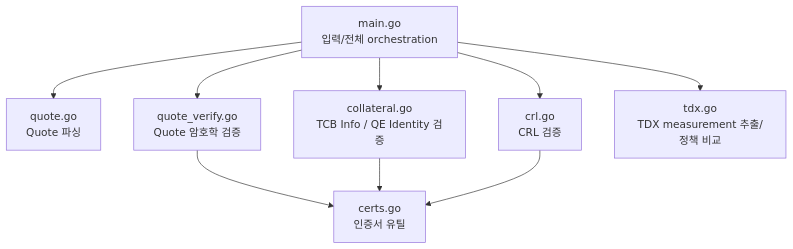
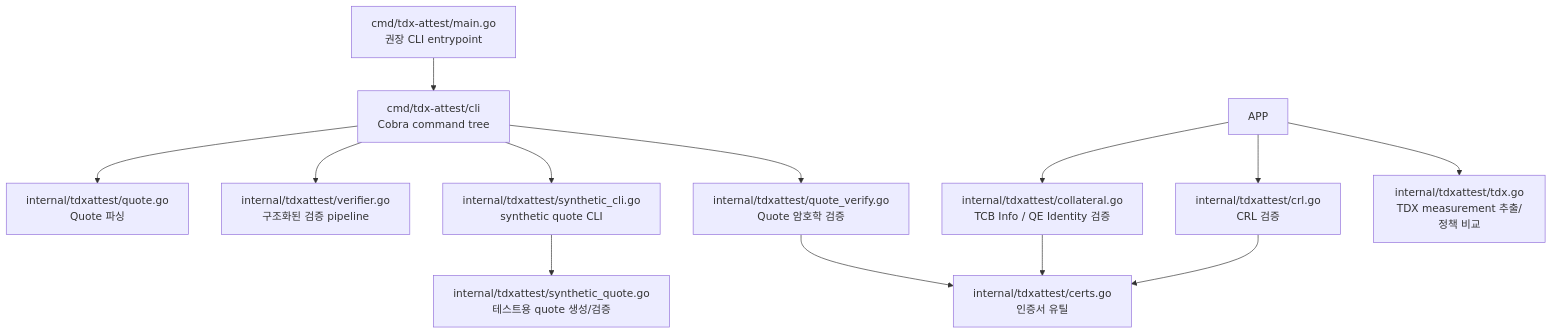
One commit to museop/intel-tdx-attestation changed the first of 2 diagrams in docs/code-structure.md. Above: the diagram before and after it, drawn with Mermaid. The commit also changed other lines of this file and 26 other files, not shown here.

Commit message:
feat: support synthetic quote

````diff
--- a/docs/code-structure.md
+++ b/docs/code-structure.md
@@ -5,18 +5,27 @@
 ```mermaid
 flowchart TD
-    MAIN[main.go
-입력/전체 orchestration] --> QUOTE[quote.go
+    CMD[cmd/tdx-attest/main.go
+권장 CLI entrypoint] --> CLI
+    CLI[cmd/tdx-attest/cli
+Cobra command tree]
+    CLI --> QUOTE[internal/tdxattest/quote.go
 Quote 파싱]
-    MAIN --> QV[quote_verify.go
+    CLI --> PIPE[internal/tdxattest/verifier.go
+구조화된 검증 pipeline]
+    CLI --> SYNCLI[internal/tdxattest/synthetic_cli.go
+synthetic quote CLI]
+    CLI --> QV[internal/tdxattest/quote_verify.go
 Quote 암호학 검증]
-    MAIN --> CRL[crl.go
+    SYNCLI --> SYN[internal/tdxattest/synthetic_quote.go
+테스트용 quote 생성/검증]
+    APP --> CRL[internal/tdxattest/crl.go
 CRL 검증]
-    MAIN --> COL[collateral.go
+    APP --> COL[internal/tdxattest/collateral.go
 TCB Info / QE Identity 검증]
-    MAIN --> TDX[tdx.go
+    APP --> TDX[internal/tdxattest/tdx.go
 TDX measurement 추출/정책 비교]
-    QV --> CERT[certs.go
+    QV --> CERT[internal/tdxattest/certs.go
 인증서 유틸]
     COL --> CERT
     CRL --> CERT
 ```
````
